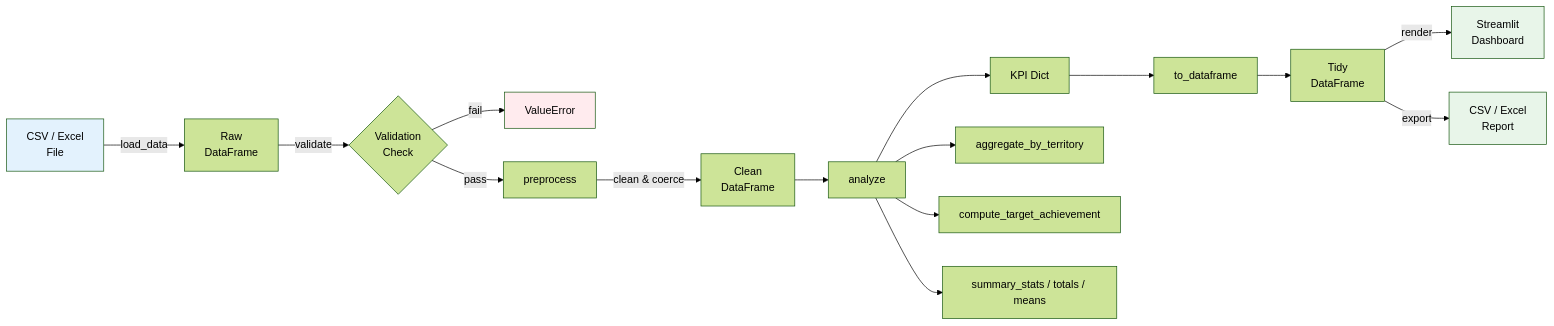
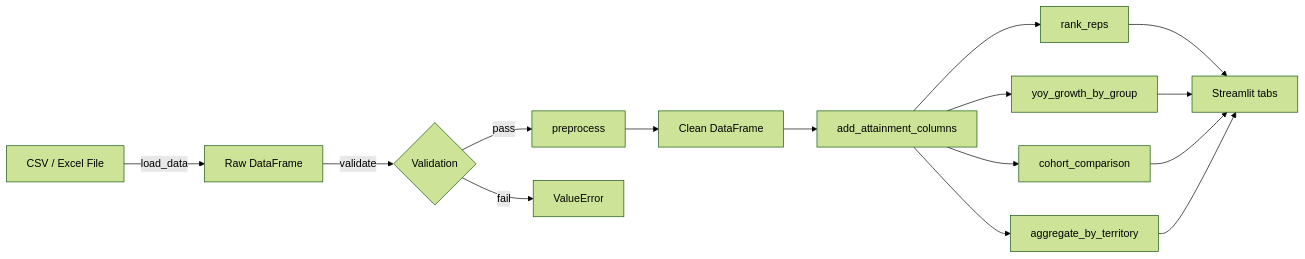
The diagram in README.md (achmadnaufal/pharma-sales-dashboard), drawn with Mermaid (forest theme) before and after one commit. The commit also changed other lines of this file and 5 other files, not shown here.

````diff
--- a/README.md
+++ b/README.md
@@ -151,24 +147,14 @@
 ```mermaid
 flowchart LR
-    A["CSV / Excel\nFile"] -->|load_data| B["Raw\nDataFrame"]
-    B -->|validate| C{"Validation\nCheck"}
+    A["CSV / Excel File"] -->|load_data| B["Raw DataFrame"]
+    B -->|validate| C{"Validation"}
+    C -->|pass| D["preprocess"]
     C -->|fail| X["ValueError"]
-    C -->|pass| D["preprocess"]
-    D -->|clean & coerce| E["Clean\nDataFrame"]
-    E --> F["analyze"]
-    F --> G["KPI Dict"]
-    G --> H["to_dataframe"]
-    H --> I["Tidy\nDataFrame"]
-
-    F --> F1["aggregate_by_territory"]
-    F --> F2["compute_target_achievement"]
-    F --> F3["summary_stats / totals / means"]
-
-    I -->|render| J["Streamlit\nDashboard"]
-    I -->|export| K["CSV / Excel\nReport"]
-
-    style A fill:#e3f2fd
-    style J fill:#e8f5e9
-    style K fill:#e8f5e9
-    style X fill:#ffebee
+    D --> E["Clean DataFrame"]
+    E --> F["add_attainment_columns"]
+    F --> G1["rank_reps"]
+    F --> G2["yoy_growth_by_group"]
+    F --> G3["cohort_comparison"]
+    F --> G4["aggregate_by_territory"]
+    G1 & G2 & G3 & G4 --> H["Streamlit tabs"]
 ```
````
